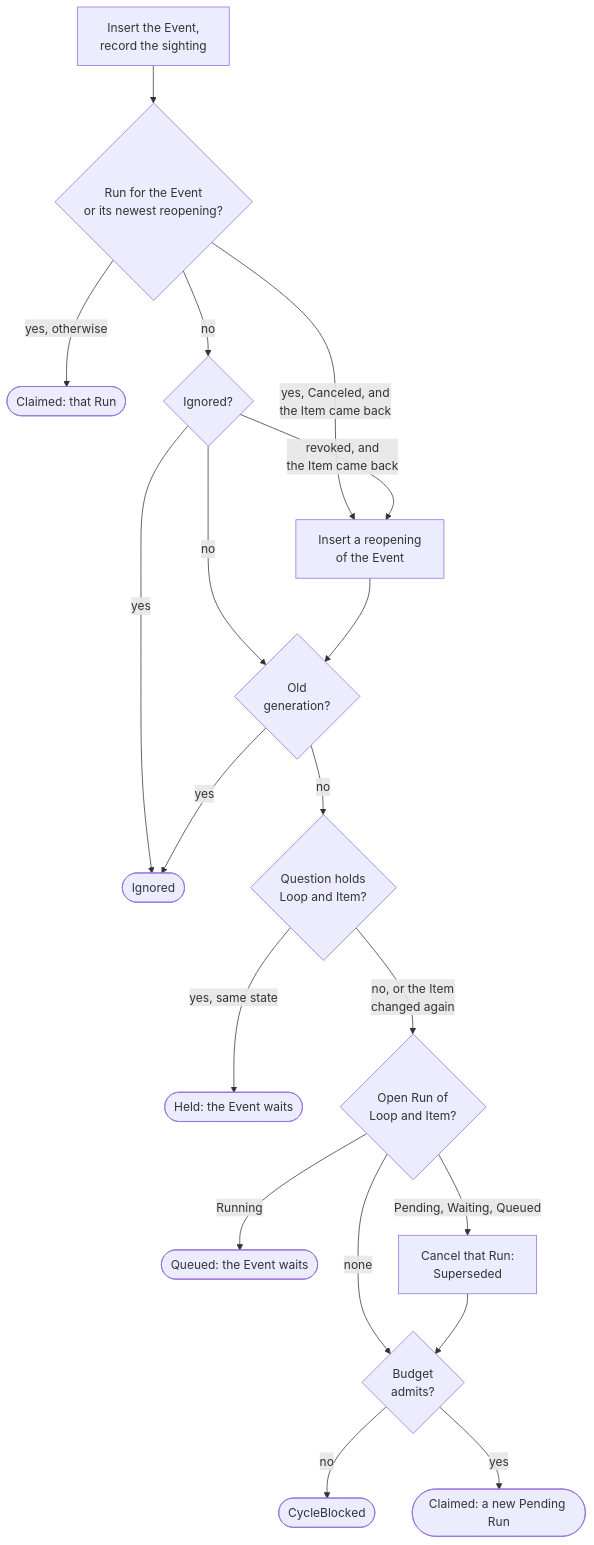
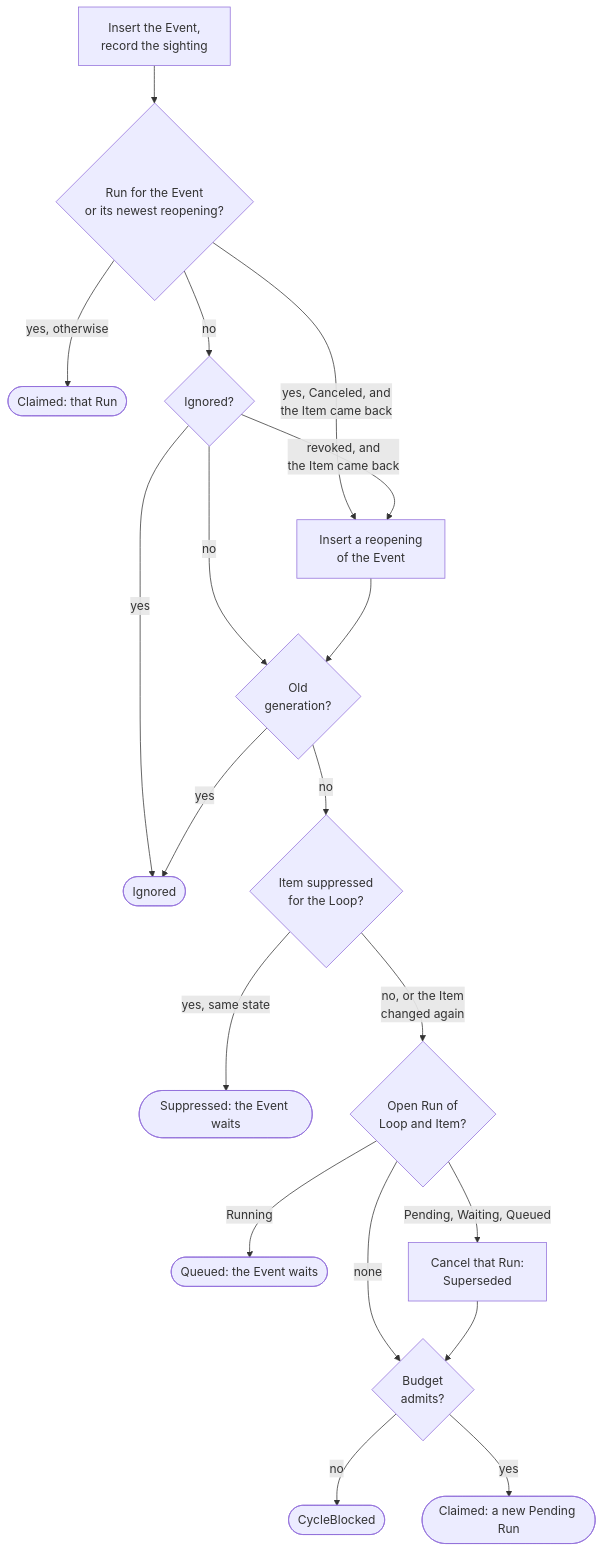
One commit to basaltbytes/usine changed the second of 5 diagrams in apps/docs/src/content/docs/architecture/run-lifecycle.mdx. Above: the diagram before and after it, drawn with Mermaid. The commit also changed other lines of this file and 43 other files, not shown here.

````diff
--- a/apps/docs/src/content/docs/architecture/run-lifecycle.mdx
+++ b/apps/docs/src/content/docs/architecture/run-lifecycle.mdx
@@ -92,21 +92,21 @@
 ```mermaid
 flowchart TB
   record["Insert the Event,<br/>record the sighting"] --> existing{"Run for the Event<br/>or its newest reopening?"}
   existing -- "yes, Canceled, and<br/>the Item came back" --> reopen["Insert a reopening<br/>of the Event"]
   existing -- "yes, otherwise" --> claimed(["Claimed: that Run"])
   existing -- no --> ignored{"Ignored?"}
   ignored -- "revoked, and<br/>the Item came back" --> reopen
   ignored -- yes --> ignoredResult(["Ignored"])
   ignored -- no --> generation{"Old<br/>generation?"}
   reopen --> generation
   generation -- yes --> ignoredResult
-  generation -- no --> held{"Question holds<br/>Loop and Item?"}
-  held -- "yes, same state" --> heldResult(["Held: the Event waits"])
-  held -- "no, or the Item<br/>changed again" --> blocking{"Open Run of<br/>Loop and Item?"}
+  generation -- no --> suppressed{"Item suppressed<br/>for the Loop?"}
+  suppressed -- "yes, same state" --> suppressedResult(["Suppressed: the Event waits"])
+  suppressed -- "no, or the Item<br/>changed again" --> blocking{"Open Run of<br/>Loop and Item?"}
   blocking -- Running --> queued(["Queued: the Event waits"])
   blocking -- "Pending, Waiting, Queued" --> supersede["Cancel that Run:<br/>Superseded"]
   blocking -- none --> budget
   supersede --> budget{"Budget<br/>admits?"}
   budget -- no --> blocked(["CycleBlocked"])
   budget -- yes --> opened(["Claimed: a new Pending Run"])
 ```
````
